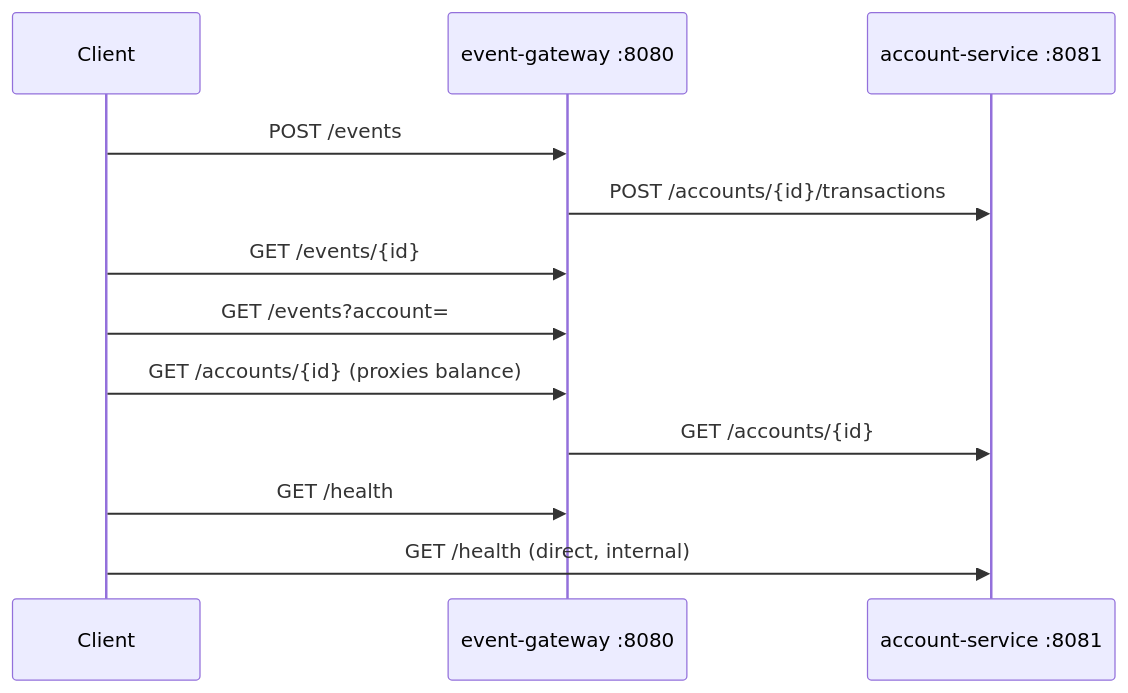
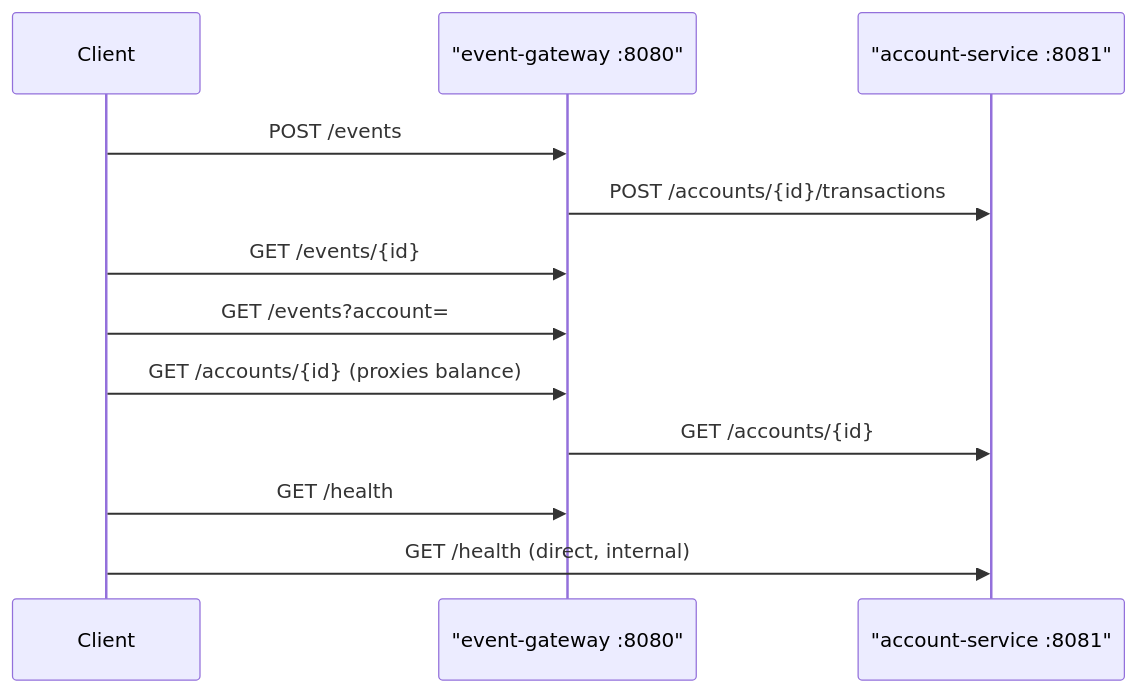
The first of 9 diagrams in REQUIREMENTS_TRACEABILITY.md (sattuanand/event-gateway), drawn with Mermaid before and after one commit. The commit also changed 1 other file, not shown here.

Commit message:
Fixing the md file

````diff
--- a/REQUIREMENTS_TRACEABILITY.md
+++ b/REQUIREMENTS_TRACEABILITY.md
@@ -61,15 +61,15 @@
 ```mermaid
 sequenceDiagram
     participant C as Client
-    participant GW as event-gateway :8080
-    participant AS as account-service :8081
+    participant GW as "event-gateway :8080"
+    participant AS as "account-service :8081"
 
     C->>GW: POST /events
     GW->>AS: POST /accounts/{id}/transactions
     C->>GW: GET /events/{id}
     C->>GW: GET /events?account=
     C->>GW: GET /accounts/{id}  (proxies balance)
     GW->>AS: GET /accounts/{id}
     C->>GW: GET /health
     C->>AS: GET /health  (direct, internal)
 ```
````
